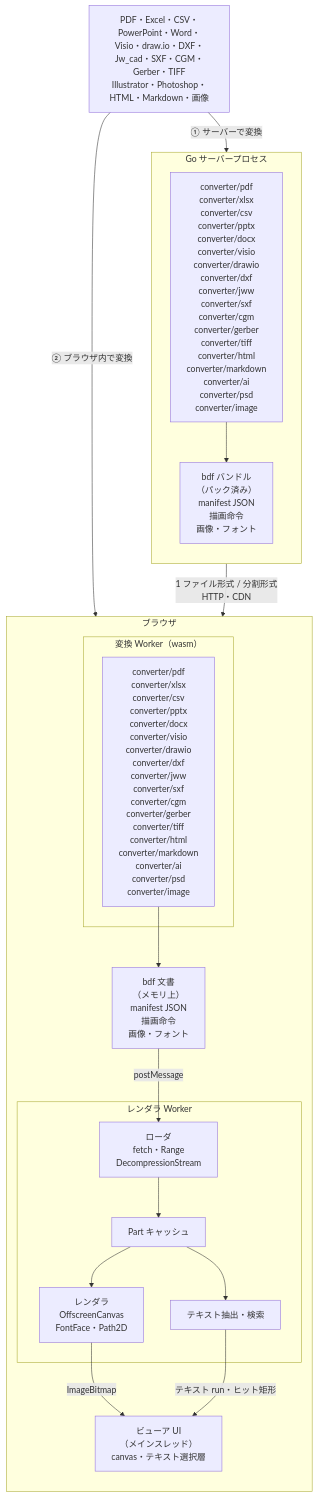
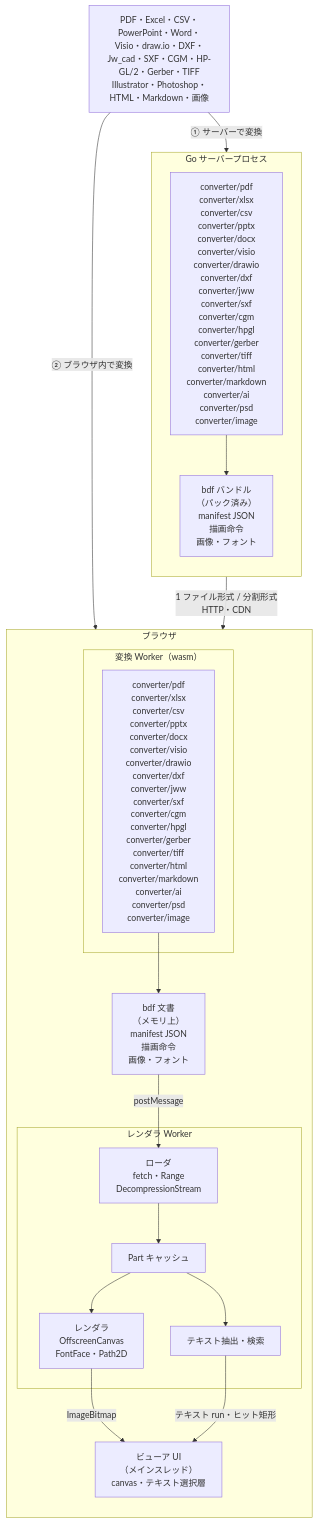
One commit to shibukawa/bdf changed the diagram in README.ja.md. Above: the diagram before and after it, drawn with Mermaid. The commit also changed other lines of this file and 42 other files, not shown here.

````diff
--- a/README.ja.md
+++ b/README.ja.md
@@ -20,37 +20,37 @@
 ```mermaid
 flowchart TB
-    SRC["PDF・Excel・CSV・PowerPoint・Word・Visio・draw.io・DXF・Jw_cad・SXF・CGM・Gerber・TIFF<br/>Illustrator・Photoshop・HTML・Markdown・画像"]
+    SRC["PDF・Excel・CSV・PowerPoint・Word・Visio・draw.io・DXF・Jw_cad・SXF・CGM・HP-GL/2・Gerber・TIFF<br/>Illustrator・Photoshop・HTML・Markdown・画像"]
 
     subgraph SERVER["Go サーバープロセス"]
         direction TB
-        SCONV["converter/pdf<br/>converter/xlsx<br/>converter/csv<br/>converter/pptx<br/>converter/docx<br/>converter/visio<br/>converter/drawio<br/>converter/dxf<br/>converter/jww<br/>converter/sxf<br/>converter/cgm<br/>converter/gerber<br/>converter/tiff<br/>converter/html<br/>converter/markdown<br/>converter/ai<br/>converter/psd<br/>converter/image"]
+        SCONV["converter/pdf<br/>converter/xlsx<br/>converter/csv<br/>converter/pptx<br/>converter/docx<br/>converter/visio<br/>converter/drawio<br/>converter/dxf<br/>converter/jww<br/>converter/sxf<br/>converter/cgm<br/>converter/hpgl<br/>converter/gerber<br/>converter/tiff<br/>converter/html<br/>converter/markdown<br/>converter/ai<br/>converter/psd<br/>converter/image"]
         BUNDLE["bdf バンドル<br/>（パック済み）<br/>manifest JSON<br/>描画命令<br/>画像・フォント"]
         SCONV --> BUNDLE
     end
 
     subgraph BROWSER["ブラウザ"]
         direction TB
         subgraph CWORKER["変換 Worker（wasm）"]
-            WCONV["converter/pdf<br/>converter/xlsx<br/>converter/csv<br/>converter/pptx<br/>converter/docx<br/>converter/visio<br/>converter/drawio<br/>converter/dxf<br/>converter/jww<br/>converter/sxf<br/>converter/cgm<br/>converter/gerber<br/>converter/tiff<br/>converter/html<br/>converter/markdown<br/>converter/ai<br/>converter/psd<br/>converter/image"]
+            WCONV["converter/pdf<br/>converter/xlsx<br/>converter/csv<br/>converter/pptx<br/>converter/docx<br/>converter/visio<br/>converter/drawio<br/>converter/dxf<br/>converter/jww<br/>converter/sxf<br/>converter/cgm<br/>converter/hpgl<br/>converter/gerber<br/>converter/tiff<br/>converter/html<br/>converter/markdown<br/>converter/ai<br/>converter/psd<br/>converter/image"]
         end
         PARTS["bdf 文書<br/>（メモリ上）<br/>manifest JSON<br/>描画命令<br/>画像・フォント"]
         subgraph RWORKER["レンダラ Worker"]
             LOADER["ローダ<br/>fetch・Range<br/>DecompressionStream"]
             STORE["Part キャッシュ"]
             RENDER["レンダラ<br/>OffscreenCanvas<br/>FontFace・Path2D"]
             TEXT["テキスト抽出・検索"]
             LOADER --> STORE
             STORE --> RENDER
             STORE --> TEXT
         end
         UI["ビューア UI<br/>（メインスレッド）<br/>canvas・テキスト選択層"]
         WCONV --> PARTS
     end
 
     SRC -- "① サーバーで変換" --> SCONV
     SRC -- "② ブラウザ内で変換" --> WCONV
     BUNDLE -- "1 ファイル形式 / 分割形式<br/>HTTP・CDN" --> LOADER
     PARTS -- "postMessage" --> LOADER
     RENDER -- "ImageBitmap" --> UI
     TEXT -- "テキスト run・ヒット矩形" --> UI
 ```
````
